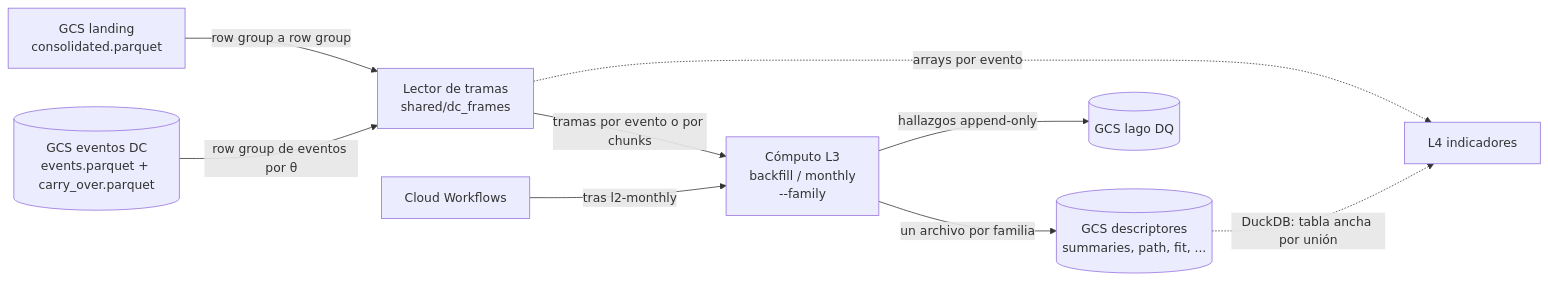
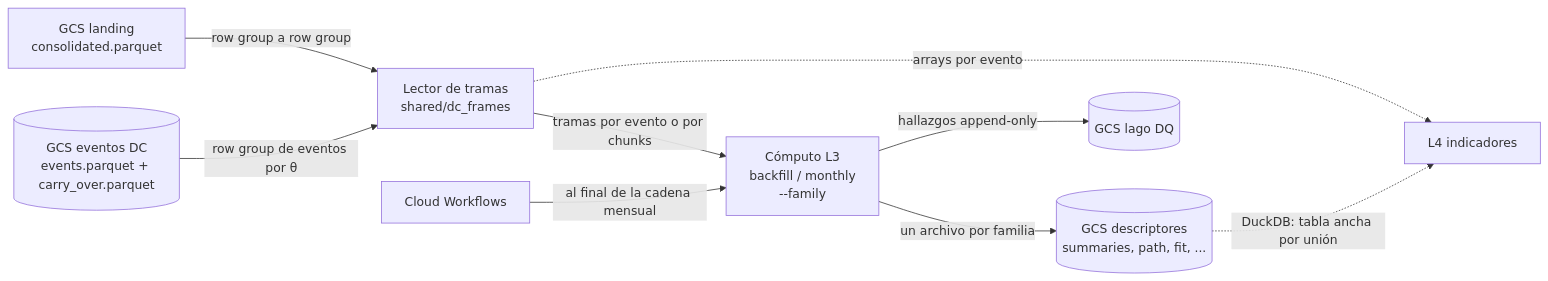
One commit to byroncz/intrinsica changed the diagram in docs/TRD/l3.md. Above: the diagram before and after it, drawn with Mermaid. The commit also changed other lines of this file and 20 other files, not shown here.

Commit message:
feat(ITSC-334): stack l3 con jobs l3-backfill y l3-monthly, l3 en run-job.yml y cadena mensual l2-monthly → viz-tiles → l3-monthly

````diff
--- a/docs/TRD/l3.md
+++ b/docs/TRD/l3.md
@@ -588,11 +589,11 @@
 ```mermaid
 flowchart LR
     L1[GCS landing<br/>consolidated.parquet] -->|row group a row group| RDR[Lector de tramas<br/>shared/dc_frames]
     L2E[(GCS eventos DC<br/>events.parquet + carry_over.parquet)] -->|row group de eventos por θ| RDR
     RDR -->|tramas por evento o por chunks| CMP[Cómputo L3<br/>backfill / monthly<br/>--family]
     CMP -->|un archivo por familia| L3OUT[(GCS descriptores<br/>summaries, path, fit, ...)]
     CMP -->|hallazgos append-only| DQ[(GCS lago DQ)]
-    WF[Cloud Workflows] -->|tras l2-monthly| CMP
+    WF[Cloud Workflows] -->|al final de la cadena mensual| CMP
     RDR -.->|arrays por evento| L4[L4 indicadores]
     L3OUT -.->|DuckDB: tabla ancha por unión| L4
 ```
````
